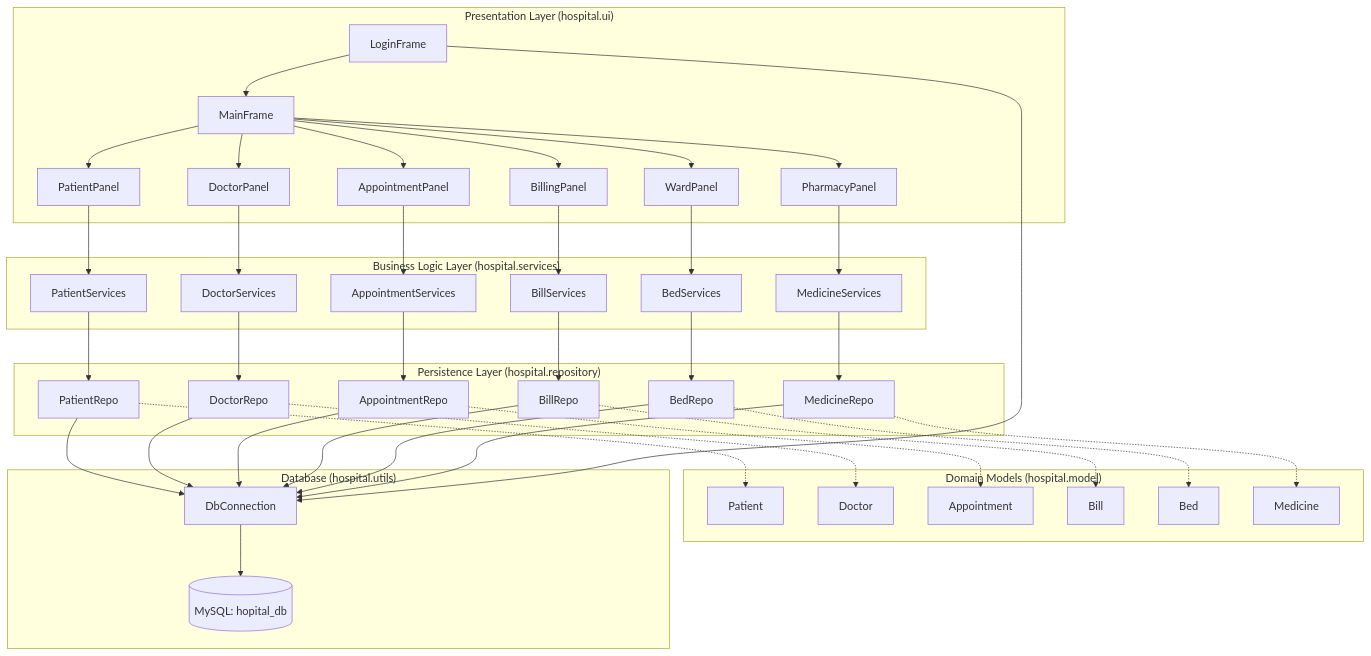
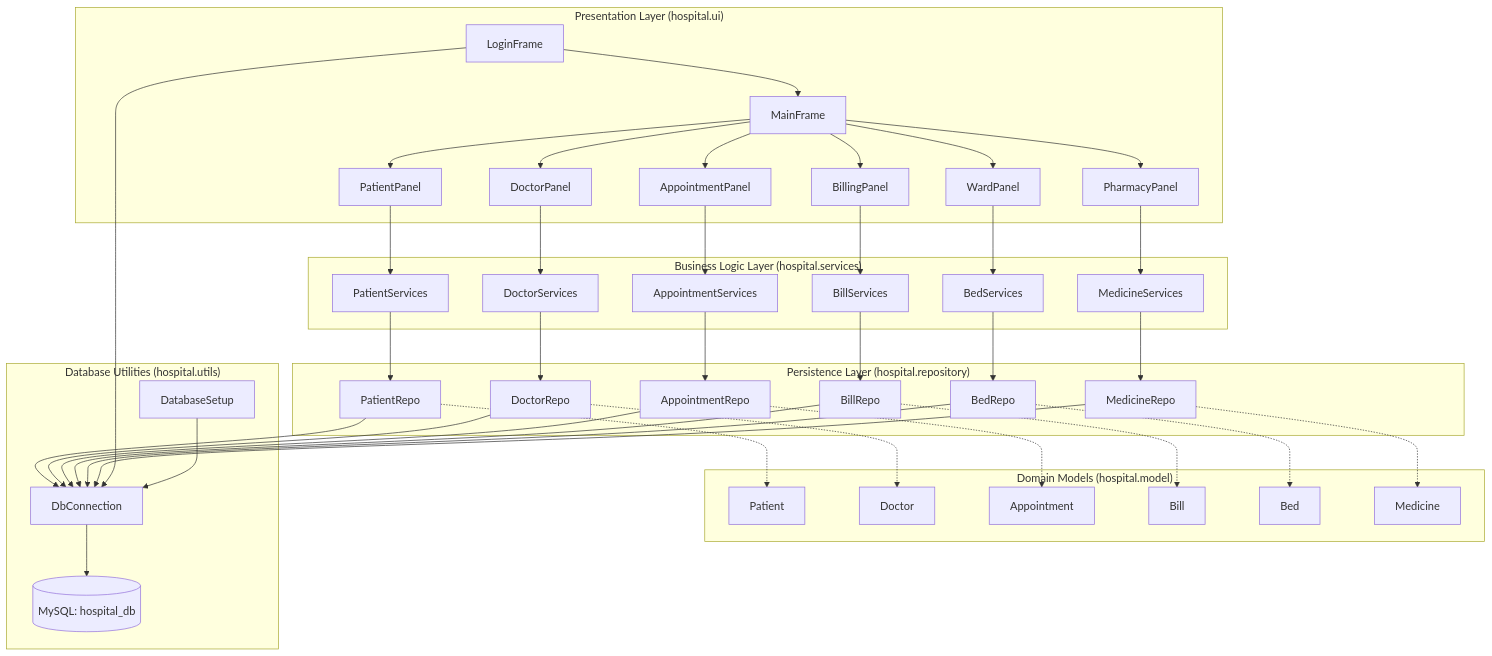
One commit to Ahnaf-Zahin-Alif/Hospital-Management-System changed the diagram in README.md. Above: the diagram before and after it, drawn with Mermaid. The commit also changed other lines of this file, not shown here.

```diff
--- a/README.md
+++ b/README.md
@@ -78,9 +78,10 @@
         MM["Medicine"]
     end
 
-    subgraph DB ["Database (hospital.utils)"]
+    subgraph DB ["Database Utilities (hospital.utils)"]
+        DBS["DatabaseSetup"]
         DBC["DbConnection"]
-        MYSQL[("MySQL: hopital_db")]
+        MYSQL[("MySQL: hospital_db")]
     end
 
     LF --> MF
@@ -112,6 +113,7 @@
     WR --> DBC
     MR --> DBC
     LF --> DBC
+    DBS --> DBC
 
     DBC --> MYSQL
 
```
